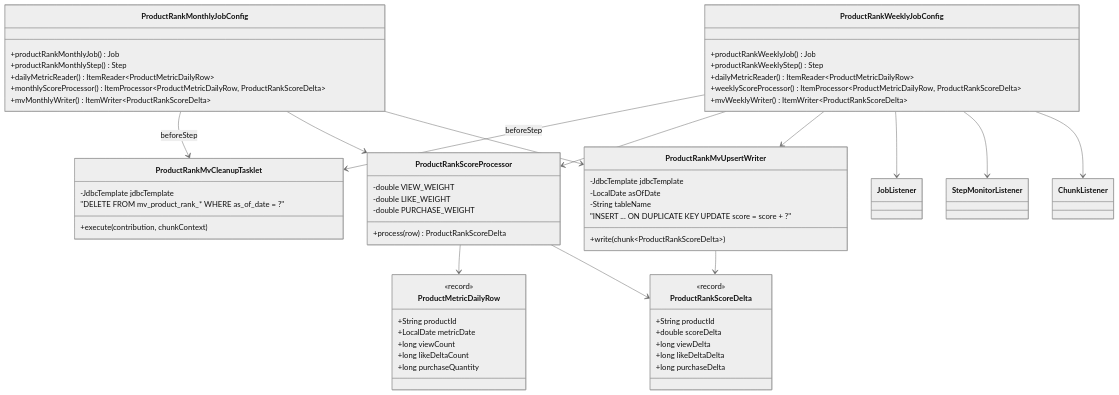
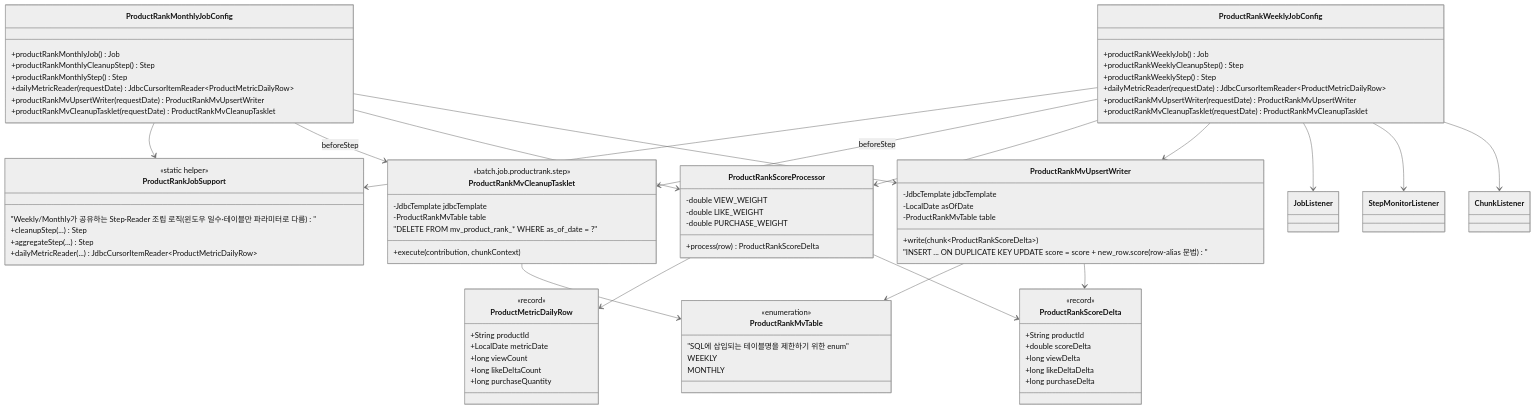
The third of 4 diagrams in docs/domain/ranking_mv_batch/02-diagrams.md (Hangju0610/loop-pack-be-l2-vol4-java), drawn with Mermaid (neutral theme) before and after one commit. The commit also changed 1 other file, not shown here.

Commit message:
docs(ranking_mv_batch): record decisions #25-33 and sync diagram with actual structure
앞선 5개 커밋(#6, #9, #11, #12, #13, #14, #15, #16)의 근거를 01-design.md
결정 테이블에 #25~33으로 기록했다. #7(빈 스냅샷 vs 배치 미실행 구분)은
코드 변경 없이 "현재 유지(404)"로 확정한 제품 판단만 #26에 남긴다.

02-diagrams.md §2.2는 ProductRankWeeklyJobConfig/MonthlyJobConfig의
실제 빈 이름(weeklyScoreProcessor 등 존재하지 않는 메서드)과 신규
ProductRankJobSupport/ProductRankMvTable 구조를 반영하도록 갱신했다.

```diff
--- a/docs/domain/ranking_mv_batch/02-diagrams.md
+++ b/docs/domain/ranking_mv_batch/02-diagrams.md
@@ -138,17 +138,32 @@
 classDiagram
     class ProductRankWeeklyJobConfig {
         +productRankWeeklyJob() Job
+        +productRankWeeklyCleanupStep() Step
         +productRankWeeklyStep() Step
-        +dailyMetricReader() ItemReader~ProductMetricDailyRow~
-        +weeklyScoreProcessor() ItemProcessor~ProductMetricDailyRow, ProductRankScoreDelta~
-        +mvWeeklyWriter() ItemWriter~ProductRankScoreDelta~
+        +dailyMetricReader(requestDate) JdbcCursorItemReader~ProductMetricDailyRow~
+        +productRankMvUpsertWriter(requestDate) ProductRankMvUpsertWriter
+        +productRankMvCleanupTasklet(requestDate) ProductRankMvCleanupTasklet
     }
     class ProductRankMonthlyJobConfig {
         +productRankMonthlyJob() Job
+        +productRankMonthlyCleanupStep() Step
         +productRankMonthlyStep() Step
-        +dailyMetricReader() ItemReader~ProductMetricDailyRow~
-        +monthlyScoreProcessor() ItemProcessor~ProductMetricDailyRow, ProductRankScoreDelta~
-        +mvMonthlyWriter() ItemWriter~ProductRankScoreDelta~
+        +dailyMetricReader(requestDate) JdbcCursorItemReader~ProductMetricDailyRow~
+        +productRankMvUpsertWriter(requestDate) ProductRankMvUpsertWriter
+        +productRankMvCleanupTasklet(requestDate) ProductRankMvCleanupTasklet
+    }
+    class ProductRankJobSupport {
+        <<static helper>>
+        "Weekly/Monthly가 공유하는 Step·Reader 조립 로직 (윈도우 일수·테이블만 파라미터로 다름)"
+        +cleanupStep(...) Step
+        +aggregateStep(...) Step
+        +dailyMetricReader(...) JdbcCursorItemReader~ProductMetricDailyRow~
+    }
+    class ProductRankMvTable {
+        <<enumeration>>
+        "SQL에 삽입되는 테이블명을 제한하기 위한 enum"
+        WEEKLY
+        MONTHLY
     }
 
     class ProductMetricDailyRow {
@@ -179,13 +194,15 @@
     class ProductRankMvUpsertWriter {
         -JdbcTemplate jdbcTemplate
         -LocalDate asOfDate
-        -String tableName
+        -ProductRankMvTable table
         +write(chunk~ProductRankScoreDelta~)
-        "INSERT ... ON DUPLICATE KEY UPDATE score = score + ?"
+        "INSERT ... ON DUPLICATE KEY UPDATE score = score + new_row.score (row-alias 문법)"
     }
 
     class ProductRankMvCleanupTasklet {
+        <<batch.job.productrank.step>>
         -JdbcTemplate jdbcTemplate
+        -ProductRankMvTable table
         +execute(contribution, chunkContext)
         "DELETE FROM mv_product_rank_* WHERE as_of_date = ?"
     }
@@ -194,12 +211,16 @@
     class StepMonitorListener
     class ChunkListener
 
+    ProductRankWeeklyJobConfig --> ProductRankJobSupport
     ProductRankWeeklyJobConfig --> ProductRankMvCleanupTasklet : beforeStep
     ProductRankWeeklyJobConfig --> ProductRankScoreProcessor
     ProductRankWeeklyJobConfig --> ProductRankMvUpsertWriter
+    ProductRankMonthlyJobConfig --> ProductRankJobSupport
     ProductRankMonthlyJobConfig --> ProductRankMvCleanupTasklet : beforeStep
     ProductRankMonthlyJobConfig --> ProductRankScoreProcessor
     ProductRankMonthlyJobConfig --> ProductRankMvUpsertWriter
+    ProductRankMvUpsertWriter --> ProductRankMvTable
+    ProductRankMvCleanupTasklet --> ProductRankMvTable
     ProductRankScoreProcessor --> ProductMetricDailyRow
     ProductRankScoreProcessor --> ProductRankScoreDelta
     ProductRankMvUpsertWriter --> ProductRankScoreDelta
```
